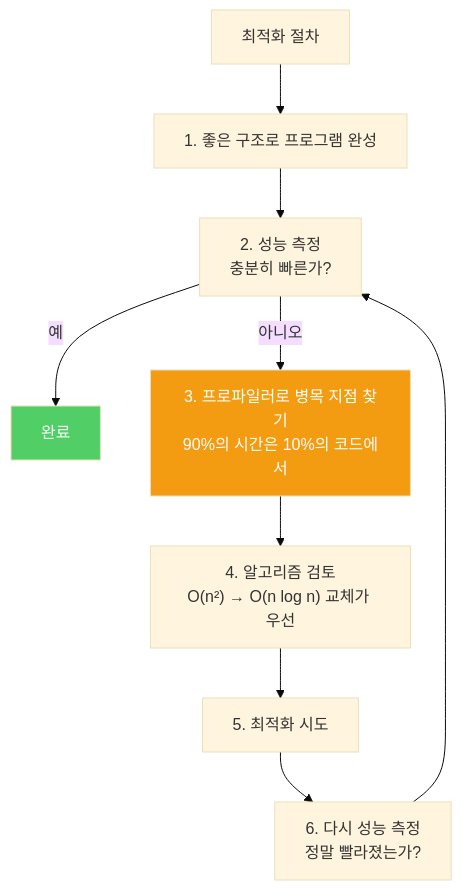
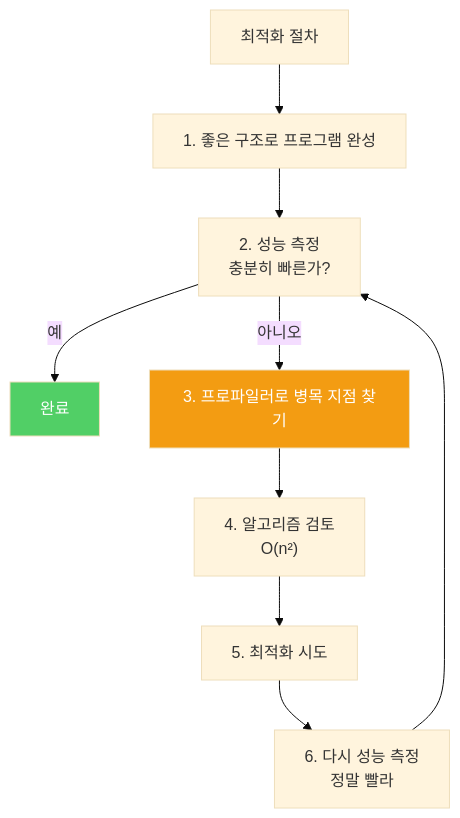
The diagram in _posts/java/2022-02-13-effective-java67.md (yjkim2015/yjkim2015.github.io), drawn with Mermaid (base theme) before and after one commit. The commit also changed 271 other files, not shown here.

First line of the commit message:
Mermaid 라벨 축소: 긴 노드 텍스트 18자 이하로 트림 + \n 제거

````diff
--- a/_posts/java/2022-02-13-effective-java67.md
+++ b/_posts/java/2022-02-13-effective-java67.md
@@ -76,13 +76,13 @@
 ```mermaid
 graph TD
     A["최적화 절차"] --> B["1. 좋은 구조로 프로그램 완성"]
     B --> C["2. 성능 측정\n충분히 빠른가?"]
     C -- 예 --> D["완료"]
-    C -- 아니오 --> E["3. 프로파일러로 병목 지점 찾기\n90%의 시간은 10%의 코드에서"]
-    E --> F["4. 알고리즘 검토\nO(n²) → O(n log n) 교체가 우선"]
+    C -- 아니오 --> E["3. 프로파일러로 병목 지점 찾기"]
+    E --> F["4. 알고리즘 검토\nO(n²)"]
     F --> G["5. 최적화 시도"]
-    G --> H["6. 다시 성능 측정\n정말 빨라졌는가?"]
+    G --> H["6. 다시 성능 측정\n정말 빨라"]
     H --> C
     style D fill:#51cf66,color:#fff
     style E fill:#f39c12,color:#fff
 ```
````
